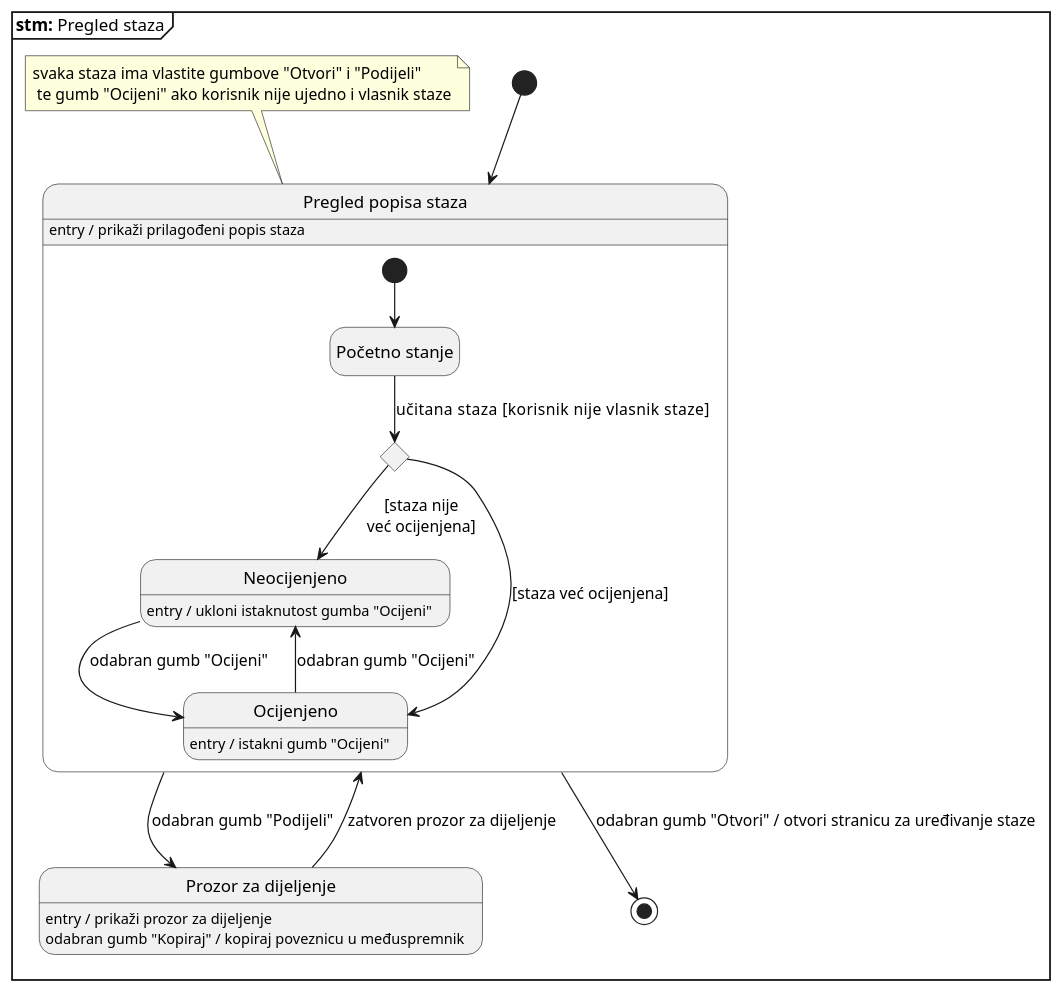
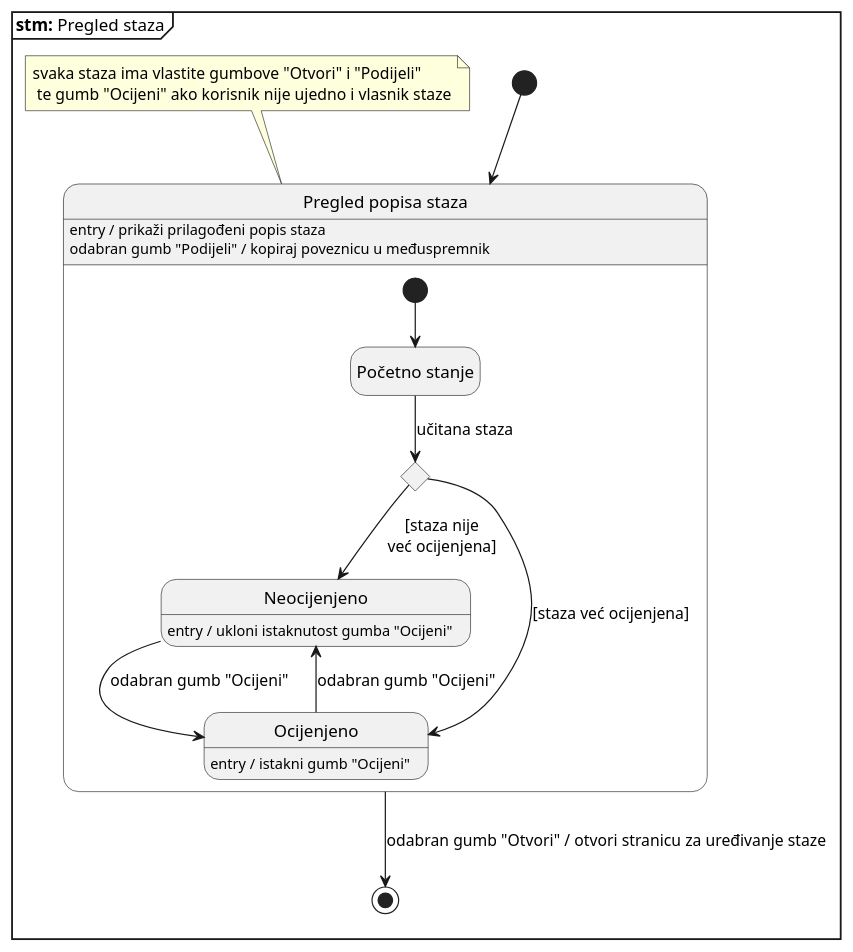
One commit to Vito510/progi-projekt changed the diagram in docs/diagrams/dst2.wsd. Above: the diagram before and after it, drawn with PlantUML. The commit also changed 3 other files, not shown here.

```diff
--- a/docs/diagrams/dst2.wsd
+++ b/docs/diagrams/dst2.wsd
@@ -1,39 +1,32 @@
 @startuml PregledStazaDijStanja
 hide empty description
 
 mainframe **stm:** Pregled staza
 
 state "Pregled popisa staza" as s1{
-    s1 : entry / prikaži prilagođeni popis staza
+    s1 : entry / prikaži prilagođeni popis staza\n\
+odabran gumb "Podijeli" / kopiraj poveznicu u međuspremnik
    
     state "Početno stanje" as s1.1
     state "Neocijenjeno" as s1.2
     s1.2 : entry / ukloni istaknutost gumba "Ocijeni"
     state "Ocijenjeno" as s1.3
     s1.3 : entry / istakni gumb "Ocijeni"
     state uvjInitOcjena <<choice>>
 
     [*] --> s1.1
-    s1.1 --> uvjInitOcjena : učitana staza \
-    [korisnik nije vlasnik staze]
+    s1.1 --> uvjInitOcjena : učitana staza
     uvjInitOcjena --> s1.2 : [staza nije\nveć ocijenjena]
     uvjInitOcjena --> s1.3 : [staza već ocijenjena]
 
     s1.2 --> s1.3 : odabran gumb "Ocijeni"
     s1.3 --> s1.2 : odabran gumb "Ocijeni"
 }
 note top of s1 : svaka staza ima vlastite gumbove "Otvori" i \
 "Podijeli"\n te gumb "Ocijeni" ako korisnik nije ujedno i vlasnik staze
 
-state "Prozor za dijeljenje" as s2
-s2 : entry / prikaži prozor za dijeljenje\n\
-odabran gumb "Kopiraj" / kopiraj poveznicu u međuspremnik
-
 [*] --> s1
 
 s1 --> [*] : odabran gumb "Otvori" / otvori stranicu za uređivanje staze
 
-s1 --> s2 : odabran gumb "Podijeli"
-s2 --> s1 : zatvoren prozor za dijeljenje
-
 @enduml
```
